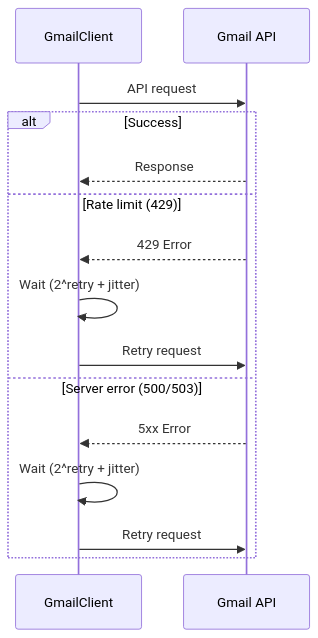
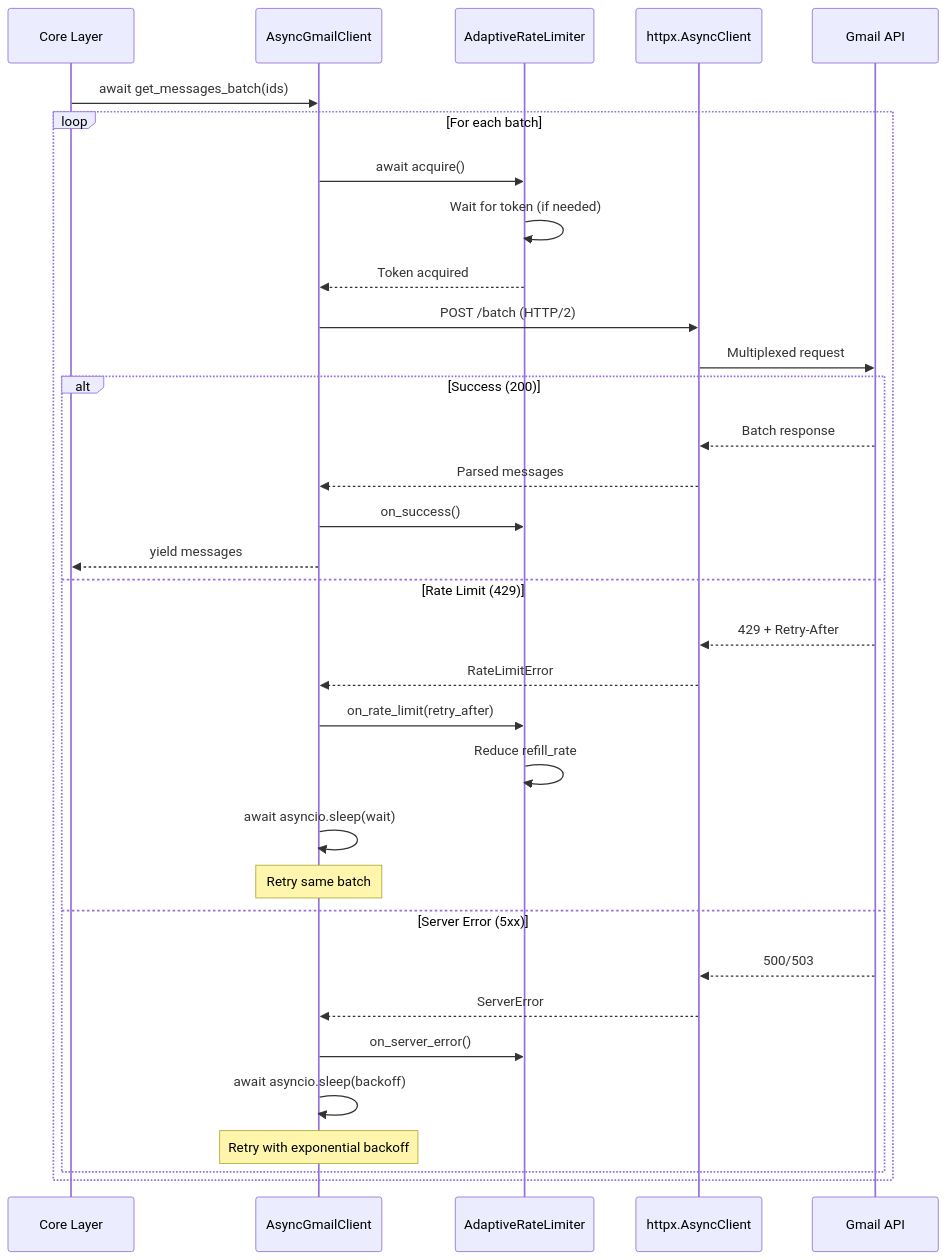
Before and after one commit to tumma72/GMailArchiver: the fourth of 8 diagrams in src/gmailarchiver/connectors/ARCHITECTURE.md, drawn with Mermaid. The commit also changed other lines of this file and 24 other files, not shown here.

First line of the commit message:
refactor: Complete async-only architecture migration (ADR-006)

````diff
--- a/src/gmailarchiver/connectors/ARCHITECTURE.md
+++ b/src/gmailarchiver/connectors/ARCHITECTURE.md
@@ -92,18 +154,39 @@
 ```mermaid
 sequenceDiagram
-    participant C as GmailClient
-    participant A as Gmail API
+    participant Core as Core Layer
+    participant Client as AsyncGmailClient
+    participant RL as AdaptiveRateLimiter
+    participant HTTP as httpx.AsyncClient
+    participant Gmail as Gmail API
 
-    C->>A: API request
-    alt Success
-        A-->>C: Response
-    else Rate limit (429)
-        A-->>C: 429 Error
-        C->>C: Wait (2^retry + jitter)
-        C->>A: Retry request
-    else Server error (500/503)
-        A-->>C: 5xx Error
-        C->>C: Wait (2^retry + jitter)
-        C->>A: Retry request
+    Core->>Client: await get_messages_batch(ids)
+
+    loop For each batch
+        Client->>RL: await acquire()
+        RL->>RL: Wait for token (if needed)
+        RL-->>Client: Token acquired
+
+        Client->>HTTP: POST /batch (HTTP/2)
+        HTTP->>Gmail: Multiplexed request
+
+        alt Success (200)
+            Gmail-->>HTTP: Batch response
+            HTTP-->>Client: Parsed messages
+            Client->>RL: on_success()
+            Client-->>Core: yield messages
+        else Rate Limit (429)
+            Gmail-->>HTTP: 429 + Retry-After
+            HTTP-->>Client: RateLimitError
+            Client->>RL: on_rate_limit(retry_after)
+            RL->>RL: Reduce refill_rate
+            Client->>Client: await asyncio.sleep(wait)
+            Note over Client: Retry same batch
+        else Server Error (5xx)
+            Gmail-->>HTTP: 500/503
+            HTTP-->>Client: ServerError
+            Client->>RL: on_server_error()
+            Client->>Client: await asyncio.sleep(backoff)
+            Note over Client: Retry with exponential backoff
+        end
     end
 ```
````
